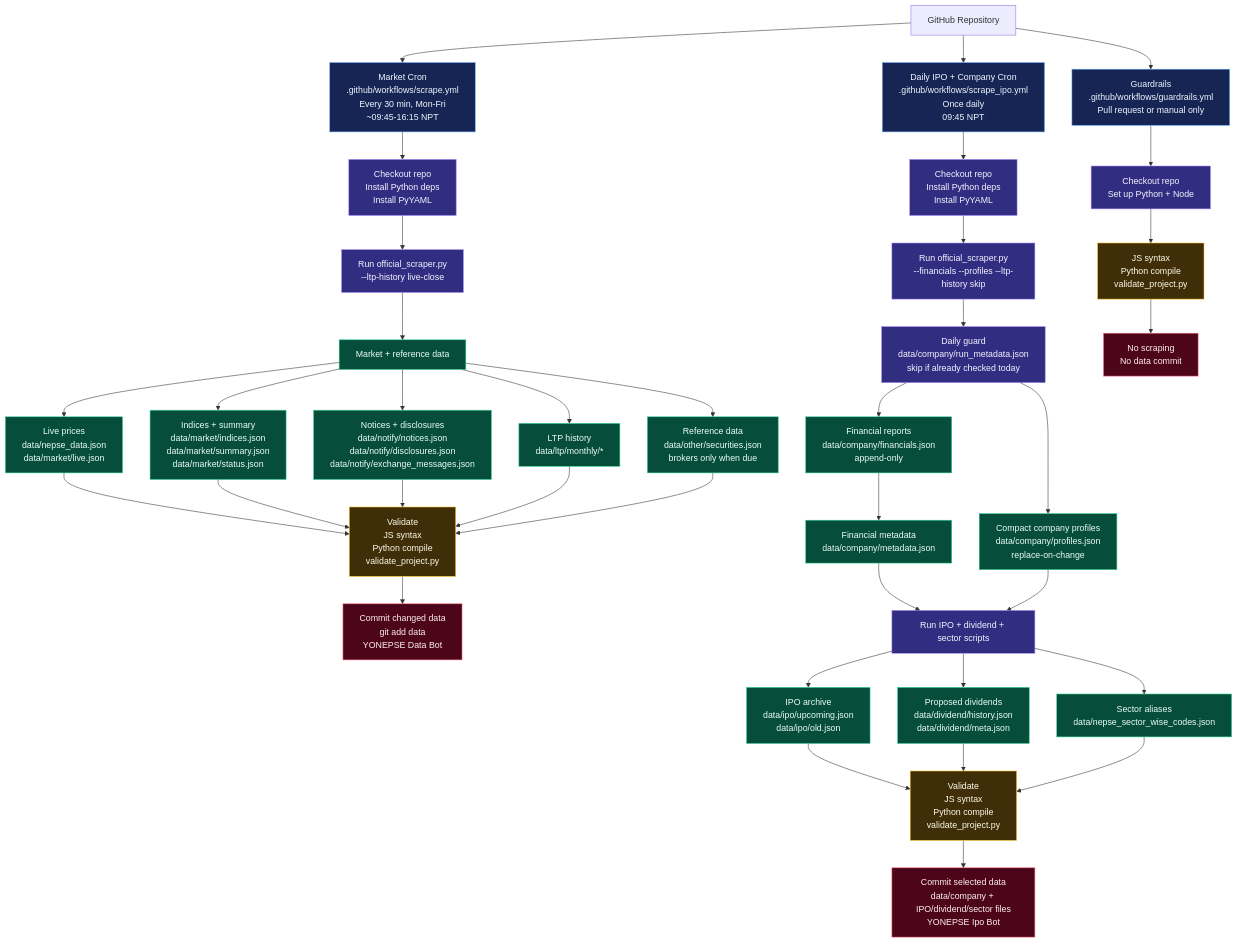
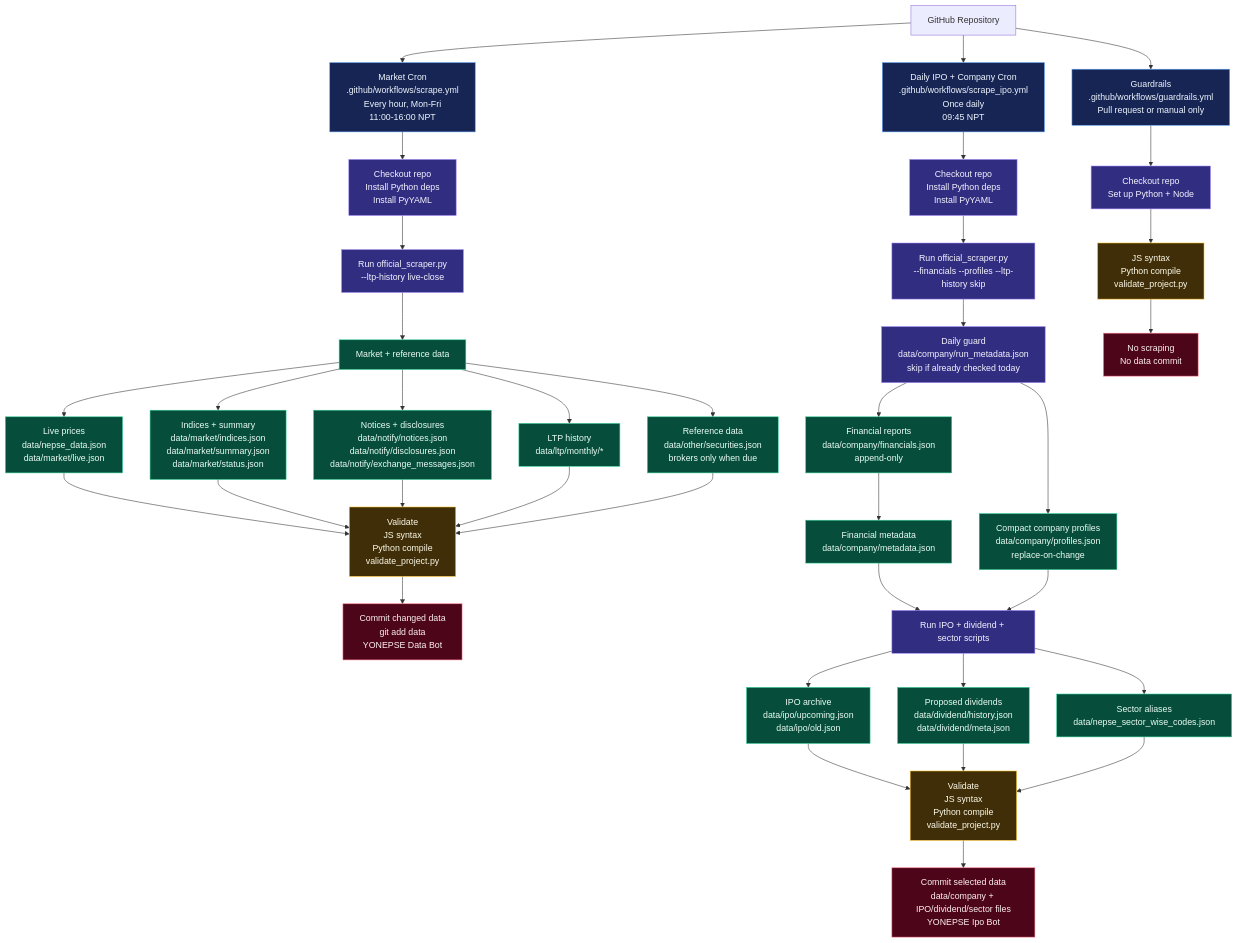
One commit to Shubhamnpk/yonepse changed the diagram in WORKFLOW.md. Above: the diagram before and after it, drawn with Mermaid. The commit also changed other lines of this file and 12 other files, not shown here.

````diff
--- a/WORKFLOW.md
+++ b/WORKFLOW.md
@@ -5,64 +5,64 @@
 ```mermaid
 flowchart TD
     Repo[GitHub Repository] --> MarketCron
     Repo --> DailyCron
     Repo --> Guardrails
 
-    MarketCron["Market Cron<br/>.github/workflows/scrape.yml<br/>Every 30 min, Mon-Fri<br/>~09:45-16:15 NPT"]
+    MarketCron["Market Cron<br/>.github/workflows/scrape.yml<br/>Every hour, Mon-Fri<br/>11:00-16:00 NPT"]
     DailyCron["Daily IPO + Company Cron<br/>.github/workflows/scrape_ipo.yml<br/>Once daily<br/>09:45 NPT"]
     Guardrails["Guardrails<br/>.github/workflows/guardrails.yml<br/>Pull request or manual only"]
 
     MarketCron --> MarketSetup["Checkout repo<br/>Install Python deps<br/>Install PyYAML"]
     MarketSetup --> MarketRun["Run official_scraper.py<br/>--ltp-history live-close"]
 
     MarketRun --> MarketData["Market + reference data"]
     MarketData --> LiveFiles["Live prices<br/>data/nepse_data.json<br/>data/market/live.json"]
     MarketData --> IndexFiles["Indices + summary<br/>data/market/indices.json<br/>data/market/summary.json<br/>data/market/status.json"]
     MarketData --> NotifyFiles["Notices + disclosures<br/>data/notify/notices.json<br/>data/notify/disclosures.json<br/>data/notify/exchange_messages.json"]
     MarketData --> LtpFiles["LTP history<br/>data/ltp/monthly/*"]
     MarketData --> OtherFiles["Reference data<br/>data/other/securities.json<br/>brokers only when due"]
 
     LiveFiles --> MarketValidate
     IndexFiles --> MarketValidate
     NotifyFiles --> MarketValidate
     LtpFiles --> MarketValidate
     OtherFiles --> MarketValidate
 
     MarketValidate["Validate<br/>JS syntax<br/>Python compile<br/>validate_project.py"] --> MarketCommit["Commit changed data<br/>git add data<br/>YONEPSE Data Bot"]
 
     DailyCron --> DailySetup["Checkout repo<br/>Install Python deps<br/>Install PyYAML"]
     DailySetup --> CompanyRun["Run official_scraper.py<br/>--financials --profiles --ltp-history skip"]
 
     CompanyRun --> DailyGuard["Daily guard<br/>data/company/run_metadata.json<br/>skip if already checked today"]
     DailyGuard --> Financials["Financial reports<br/>data/company/financials.json<br/>append-only"]
     DailyGuard --> Profiles["Compact company profiles<br/>data/company/profiles.json<br/>replace-on-change"]
     Financials --> CompanyMeta["Financial metadata<br/>data/company/metadata.json"]
 
     CompanyMeta --> IpoRun
     Profiles --> IpoRun
     IpoRun["Run IPO + dividend + sector scripts"]
     IpoRun --> IpoFiles["IPO archive<br/>data/ipo/upcoming.json<br/>data/ipo/old.json"]
     IpoRun --> DividendFiles["Proposed dividends<br/>data/dividend/history.json<br/>data/dividend/meta.json"]
     IpoRun --> SectorFiles["Sector aliases<br/>data/nepse_sector_wise_codes.json"]
 
     IpoFiles --> DailyValidate
     DividendFiles --> DailyValidate
     SectorFiles --> DailyValidate
     DailyValidate["Validate<br/>JS syntax<br/>Python compile<br/>validate_project.py"] --> DailyCommit["Commit selected data<br/>data/company + IPO/dividend/sector files<br/>YONEPSE Ipo Bot"]
 
     Guardrails --> GuardSetup["Checkout repo<br/>Set up Python + Node"]
     GuardSetup --> GuardChecks["JS syntax<br/>Python compile<br/>validate_project.py"]
     GuardChecks --> NoCommit["No scraping<br/>No data commit"]
 
     classDef cron fill:#172554,stroke:#60a5fa,color:#eff6ff
     classDef run fill:#312e81,stroke:#a78bfa,color:#f5f3ff
     classDef data fill:#064e3b,stroke:#34d399,color:#ecfdf5
     classDef validate fill:#3f2e07,stroke:#fbbf24,color:#fffbeb
     classDef commit fill:#4c0519,stroke:#fb7185,color:#fff1f2
 
     class MarketCron,DailyCron,Guardrails cron
     class MarketRun,CompanyRun,IpoRun,MarketSetup,DailySetup,GuardSetup,DailyGuard run
     class MarketData,LiveFiles,IndexFiles,NotifyFiles,LtpFiles,OtherFiles,Financials,Profiles,CompanyMeta,IpoFiles,DividendFiles,SectorFiles data
     class MarketValidate,DailyValidate,GuardChecks validate
     class MarketCommit,DailyCommit,NoCommit commit
 ```
````
